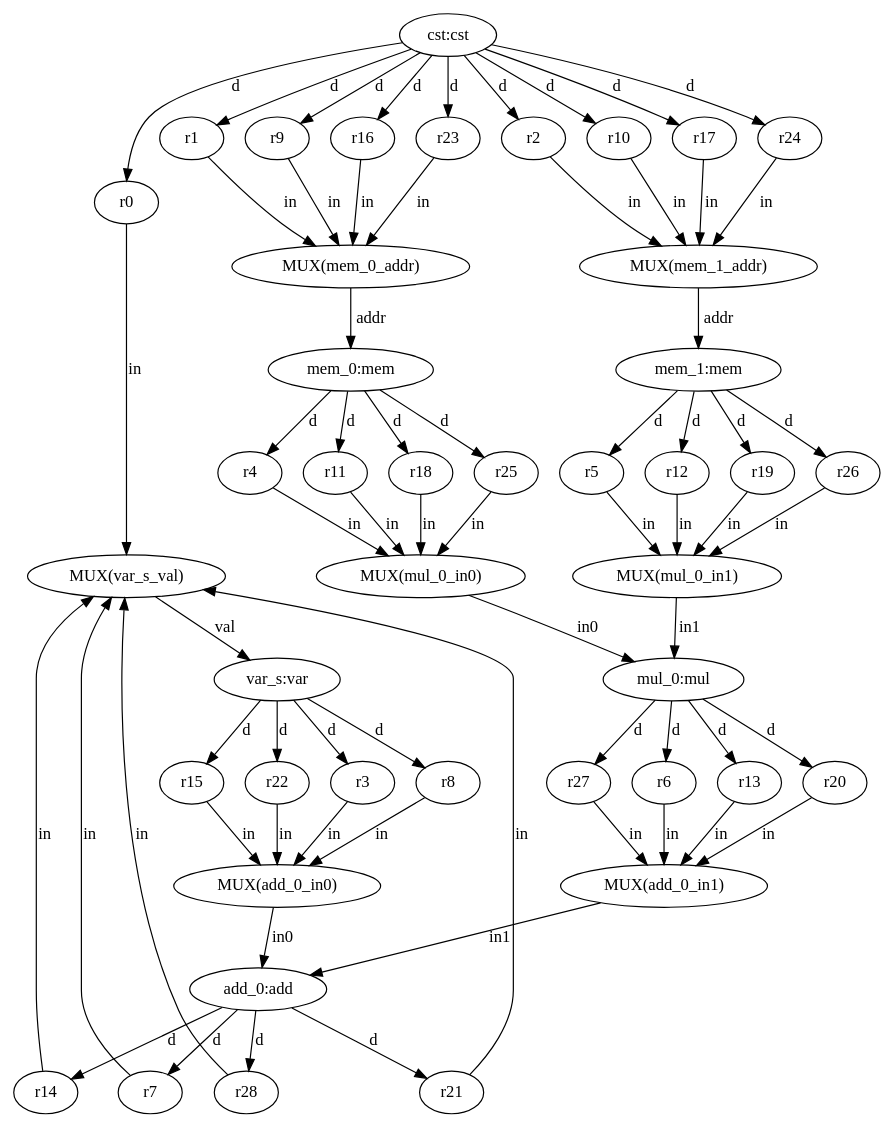
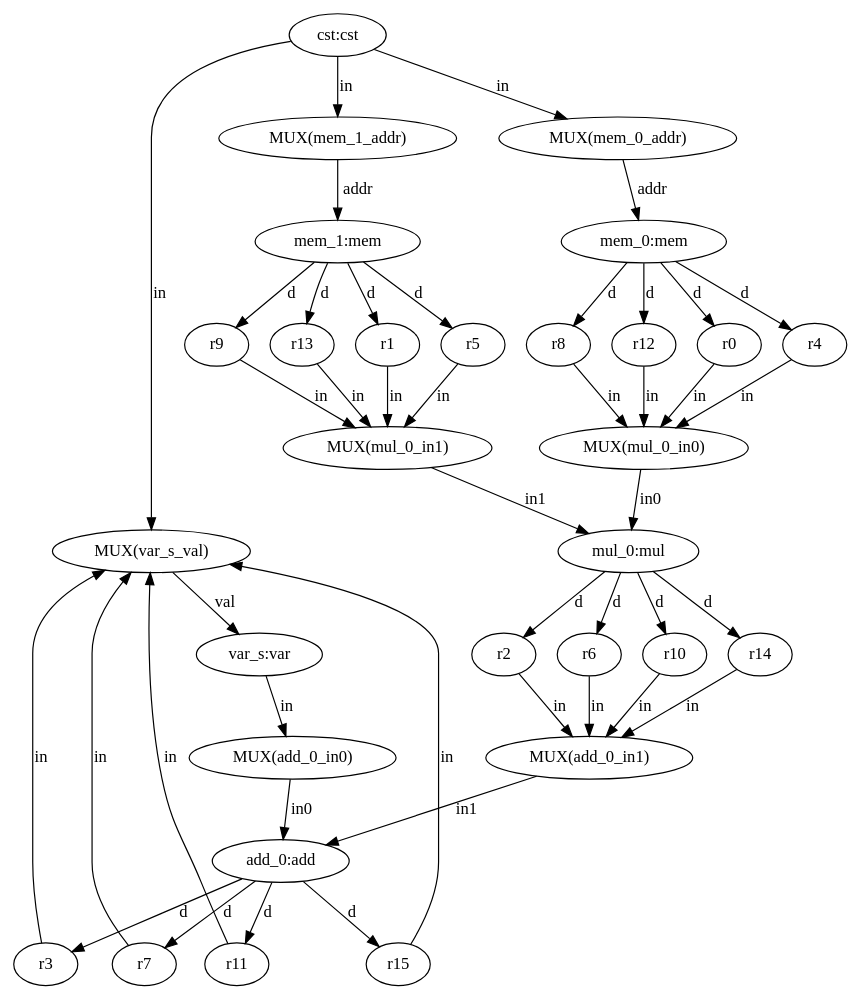
The diagram in test13/datapath.dot (ma-carrillo/High-level-synthesis-assignment), drawn with Graphviz before and after one commit. The commit also changed 16 other files, not shown here.

```diff
--- a/test13/datapath.dot
+++ b/test13/datapath.dot
@@ -1,109 +1,74 @@
 digraph "datapath" {
   n0 [label="cst:cst"];
   n1 [label="var_s:var"];
   n2 [label="mem_0:mem"];
   n3 [label="mem_1:mem"];
   n4 [label="mul_0:mul"];
   n5 [label="add_0:add"];
   n6 [label="r0"];
   n7 [label="r1"];
   n8 [label="r2"];
   n9 [label="r3"];
   n10 [label="r4"];
   n11 [label="r5"];
   n12 [label="r6"];
   n13 [label="r7"];
   n14 [label="r8"];
   n15 [label="r9"];
   n16 [label="r10"];
   n17 [label="r11"];
   n18 [label="r12"];
   n19 [label="r13"];
   n20 [label="r14"];
   n21 [label="r15"];
-  n22 [label="r16"];
-  n23 [label="r17"];
-  n24 [label="r18"];
-  n25 [label="r19"];
-  n26 [label="r20"];
-  n27 [label="r21"];
-  n28 [label="r22"];
-  n29 [label="r23"];
-  n30 [label="r24"];
-  n31 [label="r25"];
-  n32 [label="r26"];
-  n33 [label="r27"];
-  n34 [label="r28"];
-  n35 [label="MUX(var_s_val)"];
-  n36 [label="MUX(mem_0_addr)"];
-  n37 [label="MUX(mem_1_addr)"];
-  n38 [label="MUX(add_0_in0)"];
-  n39 [label="MUX(mul_0_in0)"];
-  n40 [label="MUX(mul_0_in1)"];
-  n41 [label="MUX(add_0_in1)"];
-  n0 -> n6 [label="d"];
-  n0 -> n7 [label="d"];
-  n0 -> n8 [label="d"];
-  n0 -> n15 [label="d"];
-  n0 -> n16 [label="d"];
-  n0 -> n22 [label="d"];
-  n0 -> n23 [label="d"];
-  n0 -> n29 [label="d"];
-  n0 -> n30 [label="d"];
-  n1 -> n9 [label="d"];
-  n1 -> n14 [label="d"];
-  n1 -> n21 [label="d"];
-  n1 -> n28 [label="d"];
+  n22 [label="MUX(var_s_val)"];
+  n23 [label="MUX(mem_0_addr)"];
+  n24 [label="MUX(mem_1_addr)"];
+  n25 [label="MUX(add_0_in0)"];
+  n26 [label="MUX(mul_0_in0)"];
+  n27 [label="MUX(mul_0_in1)"];
+  n28 [label="MUX(add_0_in1)"];
+  n0 -> n22 [label="in"];
+  n0 -> n23 [label="in"];
+  n0 -> n24 [label="in"];
+  n1 -> n25 [label="in"];
+  n2 -> n6 [label="d"];
   n2 -> n10 [label="d"];
-  n2 -> n17 [label="d"];
-  n2 -> n24 [label="d"];
-  n2 -> n31 [label="d"];
+  n2 -> n14 [label="d"];
+  n2 -> n18 [label="d"];
+  n3 -> n7 [label="d"];
   n3 -> n11 [label="d"];
-  n3 -> n18 [label="d"];
-  n3 -> n25 [label="d"];
-  n3 -> n32 [label="d"];
+  n3 -> n15 [label="d"];
+  n3 -> n19 [label="d"];
+  n4 -> n8 [label="d"];
   n4 -> n12 [label="d"];
-  n4 -> n19 [label="d"];
-  n4 -> n26 [label="d"];
-  n4 -> n33 [label="d"];
+  n4 -> n16 [label="d"];
+  n4 -> n20 [label="d"];
+  n5 -> n9 [label="d"];
   n5 -> n13 [label="d"];
-  n5 -> n20 [label="d"];
-  n5 -> n27 [label="d"];
-  n5 -> n34 [label="d"];
-  n6 -> n35 [label="in"];
-  n7 -> n36 [label="in"];
-  n8 -> n37 [label="in"];
-  n9 -> n38 [label="in"];
-  n10 -> n39 [label="in"];
-  n11 -> n40 [label="in"];
-  n12 -> n41 [label="in"];
-  n13 -> n35 [label="in"];
-  n14 -> n38 [label="in"];
-  n15 -> n36 [label="in"];
-  n16 -> n37 [label="in"];
-  n17 -> n39 [label="in"];
-  n18 -> n40 [label="in"];
-  n19 -> n41 [label="in"];
-  n20 -> n35 [label="in"];
-  n21 -> n38 [label="in"];
-  n22 -> n36 [label="in"];
-  n23 -> n37 [label="in"];
-  n24 -> n39 [label="in"];
-  n25 -> n40 [label="in"];
-  n26 -> n41 [label="in"];
-  n27 -> n35 [label="in"];
-  n28 -> n38 [label="in"];
-  n29 -> n36 [label="in"];
-  n30 -> n37 [label="in"];
-  n31 -> n39 [label="in"];
-  n32 -> n40 [label="in"];
-  n33 -> n41 [label="in"];
-  n34 -> n35 [label="in"];
-  n35 -> n1 [label="val"];
-  n36 -> n2 [label="addr"];
-  n37 -> n3 [label="addr"];
-  n38 -> n5 [label="in0"];
-  n39 -> n4 [label="in0"];
-  n40 -> n4 [label="in1"];
-  n41 -> n5 [label="in1"];
+  n5 -> n17 [label="d"];
+  n5 -> n21 [label="d"];
+  n6 -> n26 [label="in"];
+  n7 -> n27 [label="in"];
+  n8 -> n28 [label="in"];
+  n9 -> n22 [label="in"];
+  n10 -> n26 [label="in"];
+  n11 -> n27 [label="in"];
+  n12 -> n28 [label="in"];
+  n13 -> n22 [label="in"];
+  n14 -> n26 [label="in"];
+  n15 -> n27 [label="in"];
+  n16 -> n28 [label="in"];
+  n17 -> n22 [label="in"];
+  n18 -> n26 [label="in"];
+  n19 -> n27 [label="in"];
+  n20 -> n28 [label="in"];
+  n21 -> n22 [label="in"];
+  n22 -> n1 [label="val"];
+  n23 -> n2 [label="addr"];
+  n24 -> n3 [label="addr"];
+  n25 -> n5 [label="in0"];
+  n26 -> n4 [label="in0"];
+  n27 -> n4 [label="in1"];
+  n28 -> n5 [label="in1"];
 }
```
